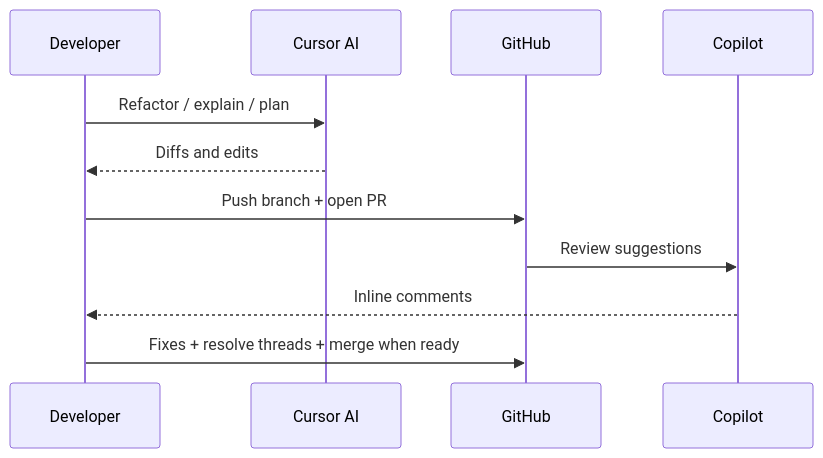
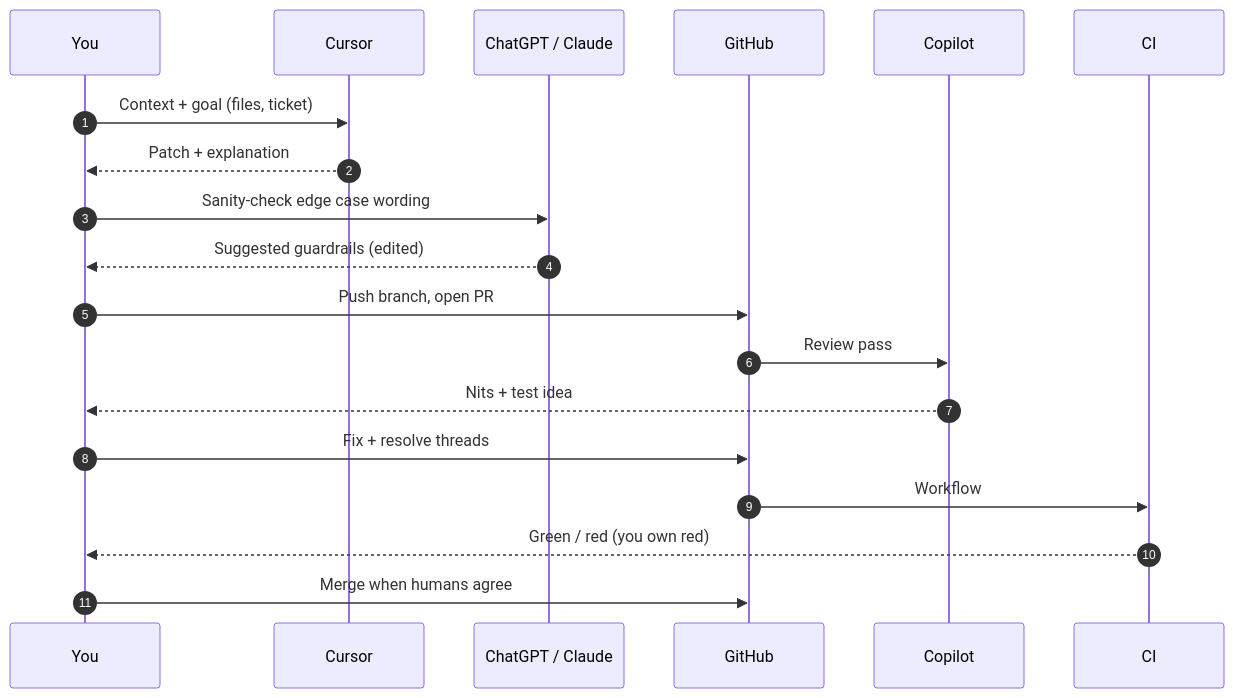
The fourth of 7 diagrams in README.md (tomm1990/tomm1990), drawn with Mermaid before and after one commit. The commit also changed other lines of this file, not shown here.

First line of the commit message:
docs(profile): rich mock Mermaid demos and live-widget labels

````diff
--- a/README.md
+++ b/README.md
@@ -161,13 +199,21 @@
 ```mermaid
 sequenceDiagram
-    participant Dev as Developer
-    participant Cursor as Cursor AI
+    autonumber
+    participant Dev as You
+    participant IDE as Cursor
+    participant GPT as ChatGPT / Claude
     participant GH as GitHub
     participant Copilot as Copilot
-    Dev->>Cursor: Refactor / explain / plan
-    Cursor-->>Dev: Diffs and edits
-    Dev->>GH: Push branch + open PR
-    GH->>Copilot: Review suggestions
-    Copilot-->>Dev: Inline comments
-    Dev->>GH: Fixes + resolve threads + merge when ready
+    participant CI as CI
+    Dev->>IDE: Context + goal (files, ticket)
+    IDE-->>Dev: Patch + explanation
+    Dev->>GPT: Sanity-check edge case wording
+    GPT-->>Dev: Suggested guardrails (edited)
+    Dev->>GH: Push branch, open PR
+    GH->>Copilot: Review pass
+    Copilot-->>Dev: Nits + test idea
+    Dev->>GH: Fix + resolve threads
+    GH->>CI: Workflow
+    CI-->>Dev: Green / red (you own red)
+    Dev->>GH: Merge when humans agree
 ```
````
